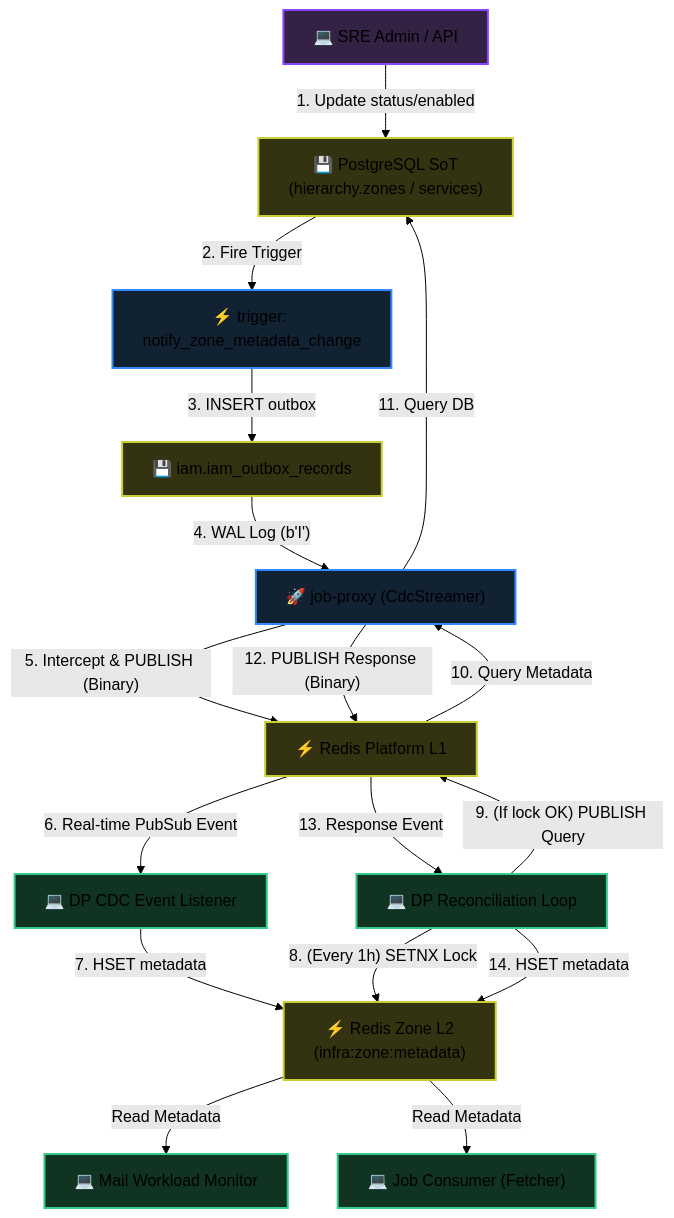
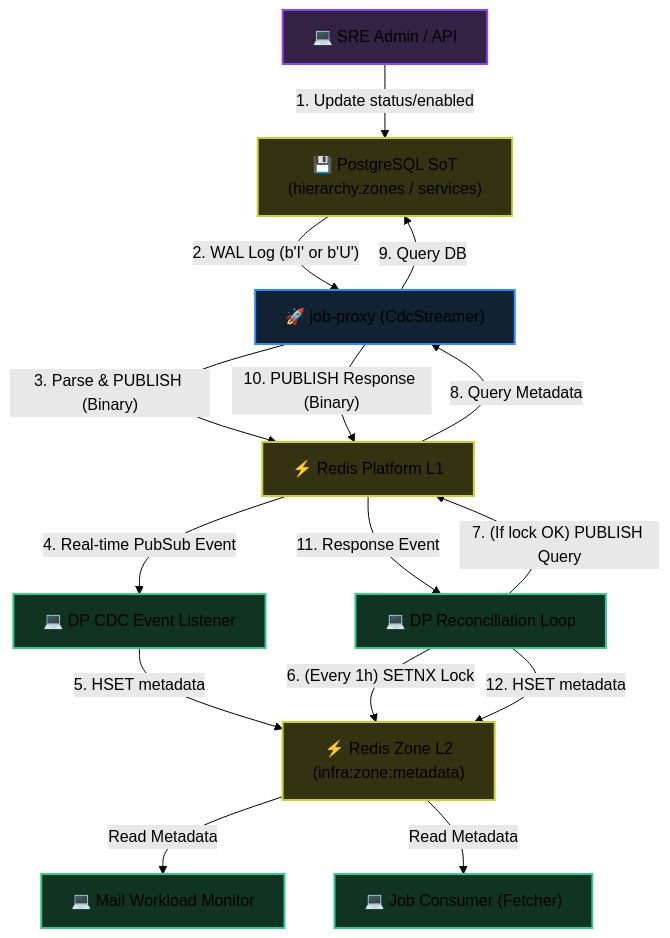
The first of 2 diagrams in god_view/hierarchy/zone_metadata_sync_and_state_machine_god_view.md (phucle996/aurora), drawn with Mermaid (forest theme) before and after one commit. The commit also changed other lines of this file and 5 other files, not shown here.

````diff
--- a/god_view/hierarchy/zone_metadata_sync_and_state_machine_god_view.md
+++ b/god_view/hierarchy/zone_metadata_sync_and_state_machine_god_view.md
@@ -19,38 +19,34 @@
 ```mermaid
 graph TD
     classDef client fill:#332244,stroke:#8844ff,stroke-width:2px;
     classDef storage fill:#333311,stroke:#cccc33,stroke-width:2px;
     classDef proxy fill:#112233,stroke:#3388ff,stroke-width:2px;
     classDef dataplane fill:#113322,stroke:#33cc88,stroke-width:2px;
 
     SRE["💻 SRE Admin / API"]:::client
     DB["💾 PostgreSQL SoT<br/>(hierarchy.zones / services)"]:::storage
-    Trigger["⚡ trigger: notify_zone_metadata_change"]:::proxy
-    Outbox["💾 iam.iam_outbox_records"]:::storage
     JP["🚀 job-proxy (CdcStreamer)"]:::proxy
     RedisL1["⚡ Redis Platform L1"]:::storage
     DP_Listener["💻 DP CDC Event Listener"]:::dataplane
     DP_Sync["💻 DP Reconciliation Loop"]:::dataplane
     RedisL2["⚡ Redis Zone L2<br/>(infra:zone:metadata)"]:::storage
     MailMonitor["💻 Mail Workload Monitor"]:::dataplane
     Consumer["💻 Job Consumer (Fetcher)"]:::dataplane
 
     SRE -- "1. Update status/enabled" --> DB
-    DB -- "2. Fire Trigger" --> Trigger
-    Trigger -- "3. INSERT outbox" --> Outbox
-    Outbox -- "4. WAL Log (b'I')" --> JP
-    JP -- "5. Intercept & PUBLISH (Binary)" --> RedisL1
-    RedisL1 -- "6. Real-time PubSub Event" --> DP_Listener
-    DP_Listener -- "7. HSET metadata" --> RedisL2
+    DB -- "2. WAL Log (b'I' or b'U')" --> JP
+    JP -- "3. Parse & PUBLISH (Binary)" --> RedisL1
+    RedisL1 -- "4. Real-time PubSub Event" --> DP_Listener
+    DP_Listener -- "5. HSET metadata" --> RedisL2
 
-    DP_Sync -- "8. (Every 1h) SETNX Lock" --> RedisL2
-    DP_Sync -- "9. (If lock OK) PUBLISH Query" --> RedisL1
-    RedisL1 -- "10. Query Metadata" --> JP
-    JP -- "11. Query DB" --> DB
-    JP -- "12. PUBLISH Response (Binary)" --> RedisL1
-    RedisL1 -- "13. Response Event" --> DP_Sync
-    DP_Sync -- "14. HSET metadata" --> RedisL2
+    DP_Sync -- "6. (Every 1h) SETNX Lock" --> RedisL2
+    DP_Sync -- "7. (If lock OK) PUBLISH Query" --> RedisL1
+    RedisL1 -- "8. Query Metadata" --> JP
+    JP -- "9. Query DB" --> DB
+    JP -- "10. PUBLISH Response (Binary)" --> RedisL1
+    RedisL1 -- "11. Response Event" --> DP_Sync
+    DP_Sync -- "12. HSET metadata" --> RedisL2
 
     RedisL2 -- "Read Metadata" --> MailMonitor
     RedisL2 -- "Read Metadata" --> Consumer
 ```
````
